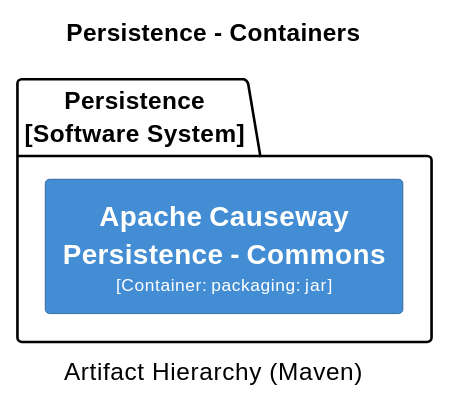
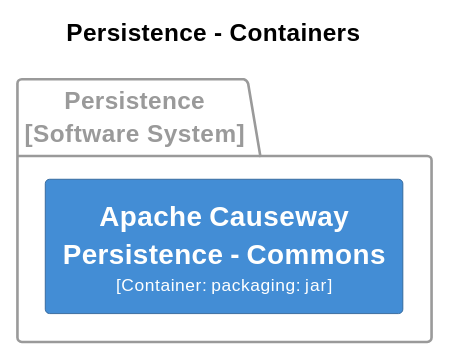
One commit to apache/causeway changed the eighth of 31 diagrams in core/adoc/modules/_overview/pages/about.adoc. Above: the diagram before and after it, drawn with PlantUML. The commit also changed other lines of this file and 7 other files, not shown here.

```diff
--- a/core/adoc/modules/_overview/pages/about.adoc
+++ b/core/adoc/modules/_overview/pages/about.adoc
@@ -1694,25 +1989,33 @@
 [plantuml,Persistence,svg]
 ----
-@startuml(id=Persistence)
+@startuml
+set separator none
 title Persistence - Containers
-caption Artifact Hierarchy (Maven)
+
+left to right direction
 
 skinparam {
   shadowing false
   arrowFontSize 10
   defaultTextAlignment center
   wrapWidth 200
   maxMessageSize 100
 }
+
 hide stereotype
-left to right direction
-skinparam rectangle<<2>> {
+
+skinparam rectangle<<Persistence.ApacheCausewayPersistenceCommons>> {
   BackgroundColor #438dd5
   FontColor #fffffe
   BorderColor #2e6295
 }
-package "Persistence\n[Software System]" {
-  rectangle "==Apache Causeway Persistence - Commons\n<size:10>[Container: packaging: jar]</size>" <<2>> as 2
+
+package "Persistence\n[Software System]" <<Persistence>> {
+  skinparam PackageBorderColor<<Persistence>> #9a9a9a
+  skinparam PackageFontColor<<Persistence>> #9a9a9a
+
+  rectangle "==Apache Causeway Persistence - Commons\n<size:10>[Container: packaging: jar]</size>" <<Persistence.ApacheCausewayPersistenceCommons>> as Persistence.ApacheCausewayPersistenceCommons
 }
+
 @enduml
 ----
```
